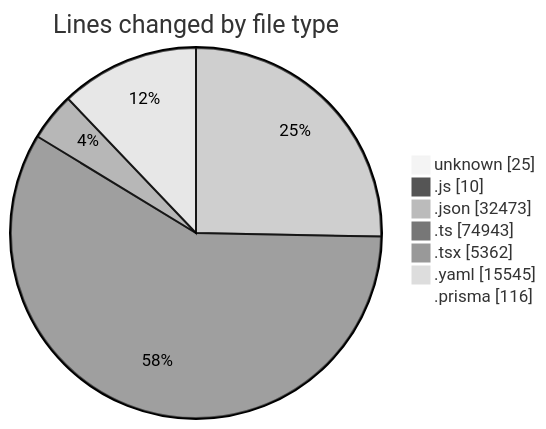
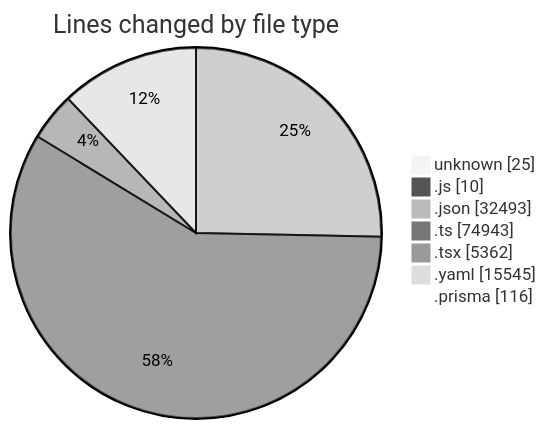
Before and after one commit to CELIANVF/code-tracking: the first of 2 diagrams in 2025-05-02/ecodeli/README.md, drawn with Mermaid (neutral theme). The commit also changed other lines of this file and 1 other file, not shown here.

````diff
--- a/2025-05-02/ecodeli/README.md
+++ b/2025-05-02/ecodeli/README.md
@@ -80,11 +80,11 @@
 ```mermaid
 pie showData
 title Lines changed by file type
 "unknown" : 25
 ".js" : 10
-".json" : 32473
+".json" : 32493
 ".ts" : 74943
 ".tsx" : 5362
 ".yaml" : 15545
 ".prisma" : 116
 ```
````
